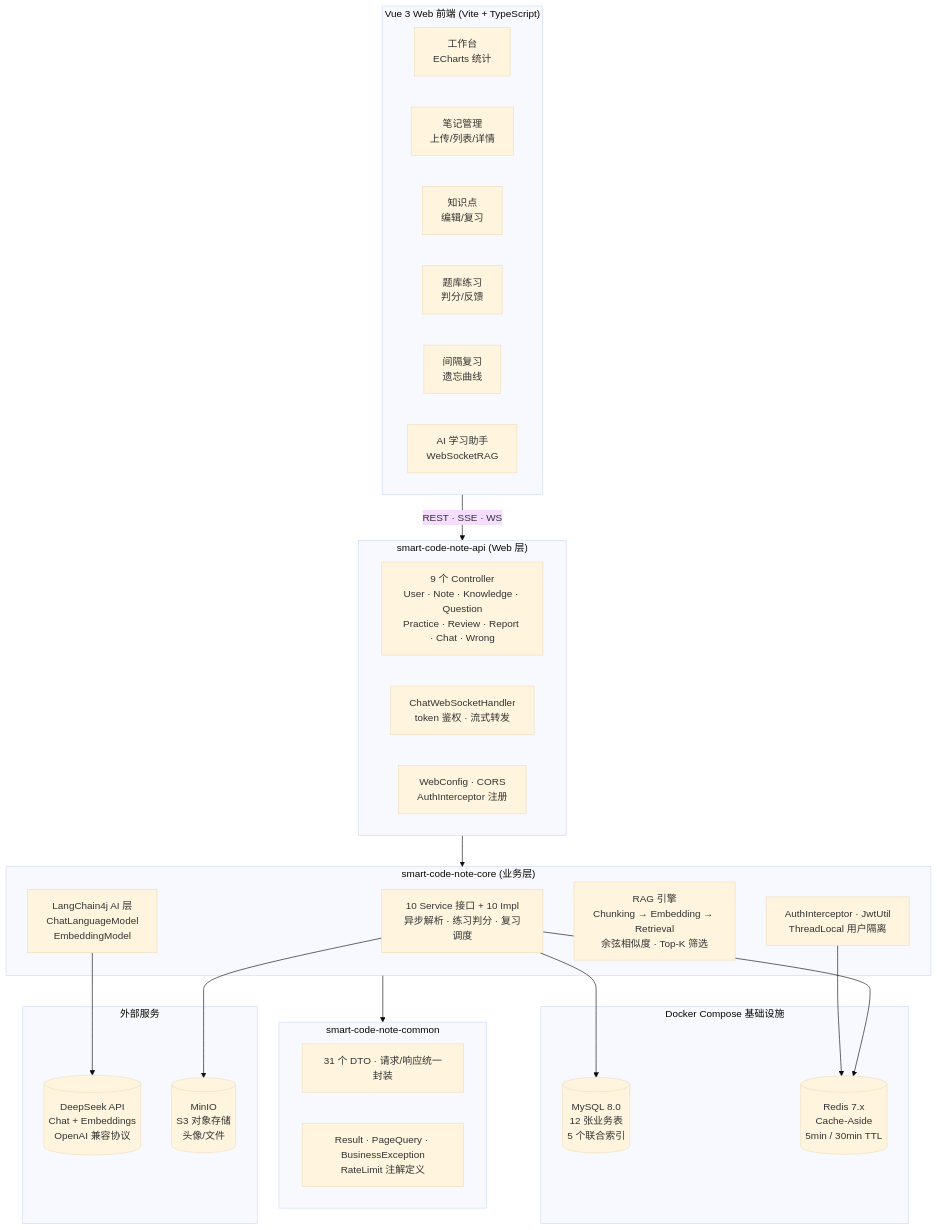
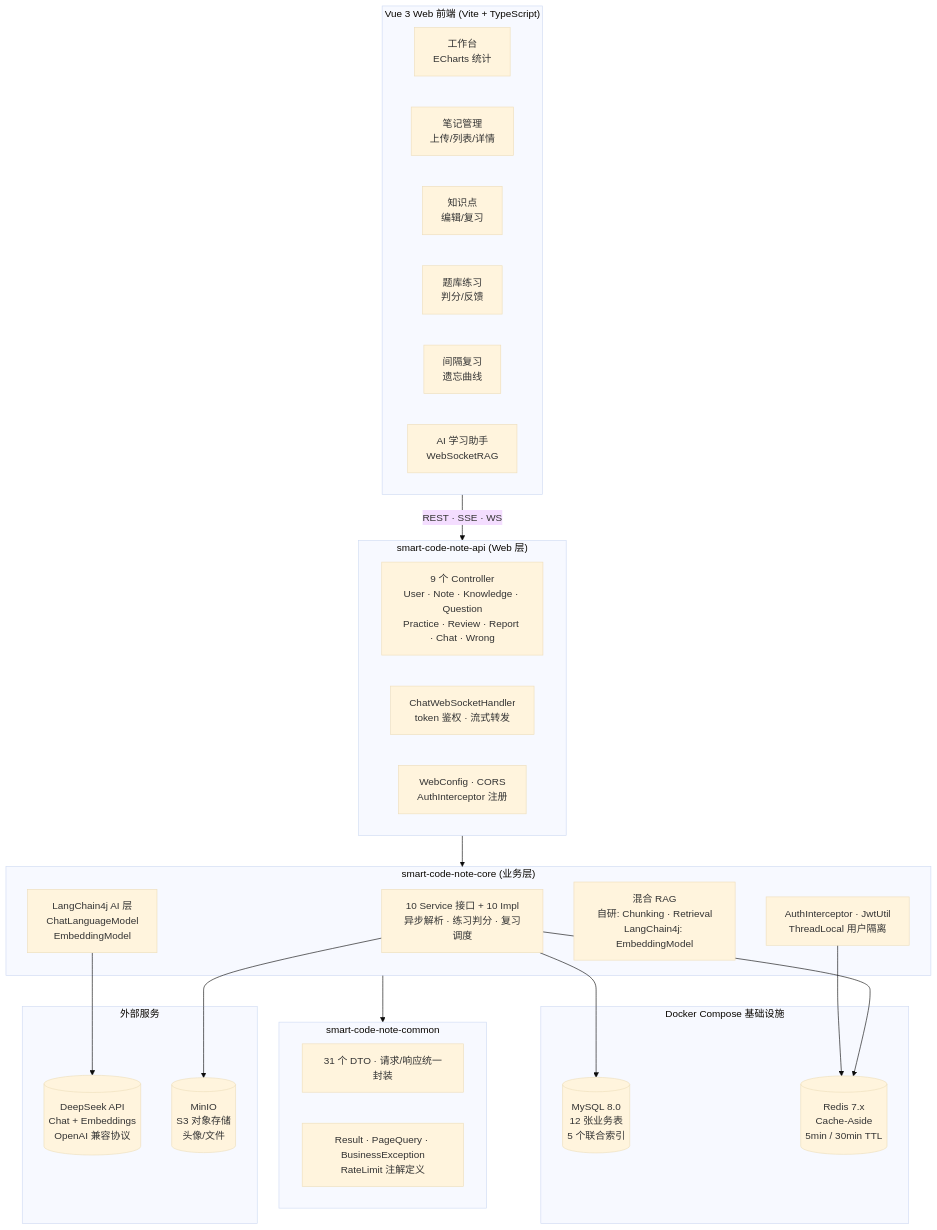
One commit to spider-freedom/smart-code-note changed the first of 2 diagrams in README.md. Above: the diagram before and after it, drawn with Mermaid (base theme). The commit also changed other lines of this file, not shown here.

First line of the commit message:
docs: README — '自研 RAG' 改为 '混合 RAG'，准确反映 LangChain4j + 自研分工

````diff
--- a/README.md
+++ b/README.md
@@ -115,49 +115,49 @@
 ```mermaid
 flowchart TB
     subgraph Frontend["Vue 3 Web 前端 (Vite + TypeScript)"]
         direction LR
         Dashboard[工作台<br/>ECharts 统计]
         Notes[笔记管理<br/>上传/列表/详情]
         Knowledge[知识点<br/>编辑/复习]
         Questions[题库练习<br/>判分/反馈]
         Review[间隔复习<br/>遗忘曲线]
         Chat[AI 学习助手<br/>WebSocketRAG]
     end
 
     subgraph APIModule["smart-code-note-api (Web 层)"]
         Controllers[9 个 Controller<br/>User · Note · Knowledge · Question<br/>Practice · Review · Report · Chat · Wrong]
         WebSocket[ChatWebSocketHandler<br/>token 鉴权 · 流式转发]
         WebConfig[WebConfig · CORS<br/>AuthInterceptor 注册]
     end
 
     subgraph CoreModule["smart-code-note-core (业务层)"]
         Services[10 Service 接口 + 10 Impl<br/>异步解析 · 练习判分 · 复习调度]
         AILayer[LangChain4j AI 层<br/>ChatLanguageModel<br/>EmbeddingModel]
-        RAGEngine[RAG 引擎<br/>Chunking → Embedding → Retrieval<br/>余弦相似度 · Top-K 筛选]
+        RAGEngine[混合 RAG<br/>自研: Chunking · Retrieval<br/>LangChain4j: EmbeddingModel]
         Security[AuthInterceptor · JwtUtil<br/>ThreadLocal 用户隔离]
     end
 
     subgraph CommonModule["smart-code-note-common"]
         DTOs[31 个 DTO · 请求/响应统一封装]
         Shared[Result · PageQuery · BusinessException<br/>RateLimit 注解定义]
     end
 
     subgraph External["外部服务"]
         DeepSeek[(DeepSeek API<br/>Chat + Embeddings<br/>OpenAI 兼容协议)]
         MinIO[(MinIO<br/>S3 对象存储<br/>头像/文件)]
     end
 
     subgraph Infra["Docker Compose 基础设施"]
         MySQL[(MySQL 8.0<br/>12 张业务表<br/>5 个联合索引)]
         Redis[(Redis 7.x<br/>Cache-Aside<br/>5min / 30min TTL)]
     end
 
     Frontend -->|REST · SSE · WS| APIModule
     APIModule --> CoreModule
     CoreModule --> CommonModule
     AILayer --> DeepSeek
     Services --> MinIO
     Services --> MySQL
     Services --> Redis
     Security --> Redis
 ```
````
